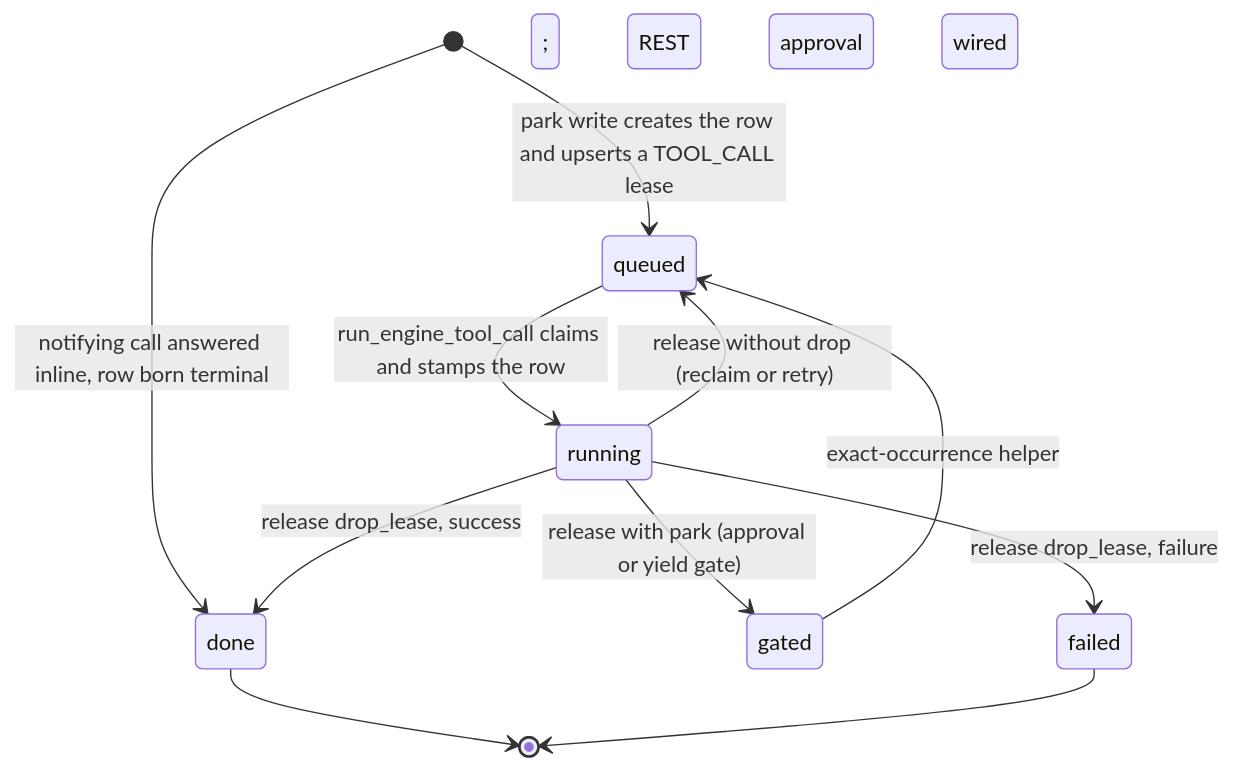
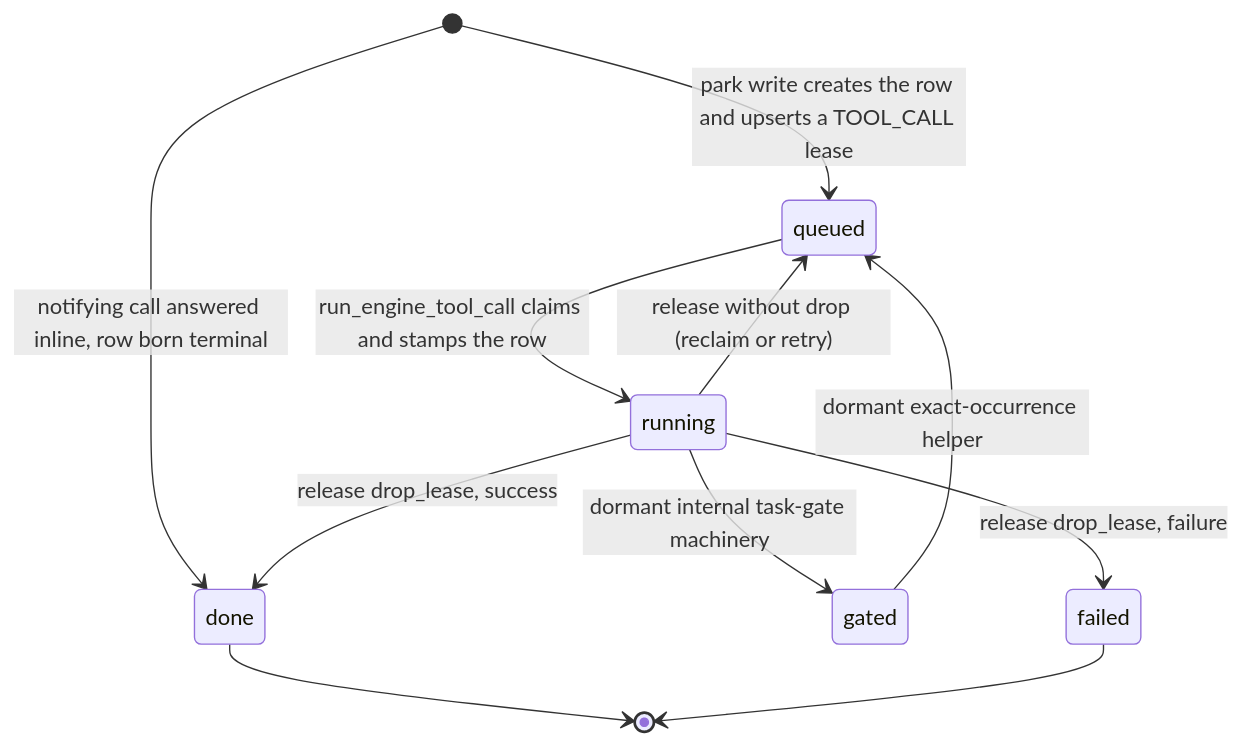
One commit to primerhq/primer changed the second of 3 diagrams in docs/dev/architecture/claim-machine.md. Above: the diagram before and after it, drawn with Mermaid. The commit also changed other lines of this file and 11 other files, not shown here.

Commit message:
fix: gate human task decisions until responder ordering

````diff
--- a/docs/dev/architecture/claim-machine.md
+++ b/docs/dev/architecture/claim-machine.md
@@ -33,13 +33,13 @@
 ```mermaid
 stateDiagram-v2
     [*] --> queued: park write creates the row and upserts a TOOL_CALL lease
     [*] --> done: notifying call answered inline, row born terminal
     queued --> running: run_engine_tool_call claims and stamps the row
-    running --> gated: release with park (approval or yield gate)
-    gated --> queued: exact-occurrence helper; REST approval wired
+    running --> gated: dormant internal task-gate machinery
+    gated --> queued: dormant exact-occurrence helper
     running --> done: release drop_lease, success
     running --> failed: release drop_lease, failure
     running --> queued: release without drop (reclaim or retry)
     done --> [*]
     failed --> [*]
 ```
````
